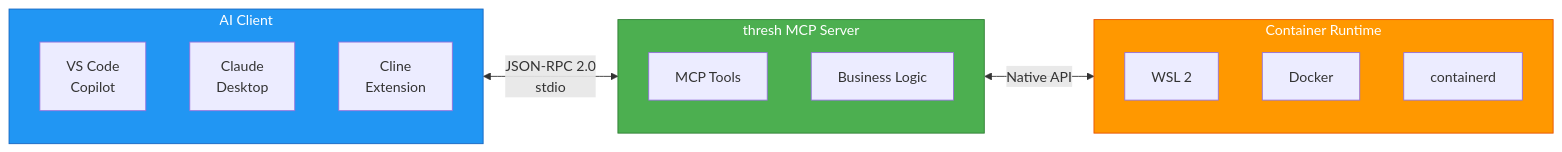
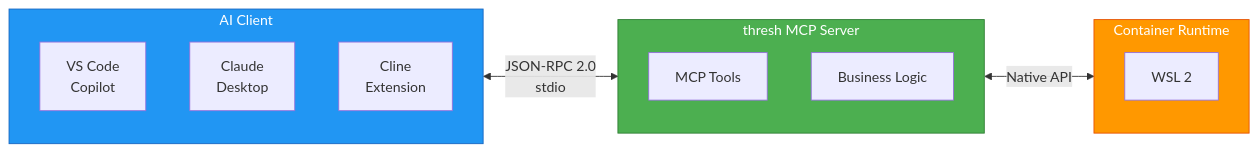
Before and after one commit to dealer426/thresh: the diagram in website/versioned_docs/version-1.3.0/tutorials/vscode-mcp.md, drawn with Mermaid. The commit also changed other lines of this file and 19 other files, not shown here.

````diff
--- a/website/versioned_docs/version-1.3.0/tutorials/vscode-mcp.md
+++ b/website/versioned_docs/version-1.3.0/tutorials/vscode-mcp.md
@@ -30,26 +30,24 @@
 ```mermaid
 graph LR
     subgraph Client["AI Client"]
         VSCode[VS Code<br/>Copilot]
         Claude[Claude<br/>Desktop]
         Cline[Cline<br/>Extension]
     end
     
     subgraph Server["thresh MCP Server"]
         Tools[MCP Tools]
         Logic[Business Logic]
     end
     
     subgraph Backend["Container Runtime"]
         WSL[WSL 2]
-        Docker[Docker]
-        CTRD[containerd]
     end
     
     Client <-->|JSON-RPC 2.0<br/>stdio| Server
     Server <-->|Native API| Backend
     
     style Client fill:#2196F3,stroke:#1565C0,color:#fff
     style Server fill:#4CAF50,stroke:#2E7D32,color:#fff
     style Backend fill:#FF9800,stroke:#E65100,color:#fff
 ```
````
